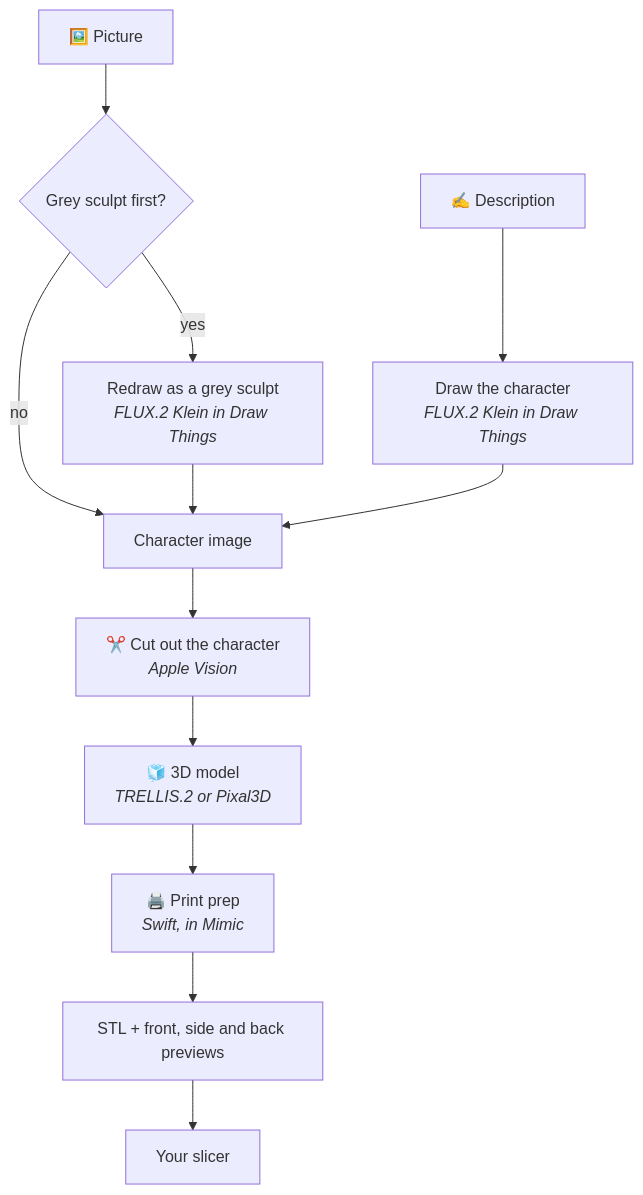
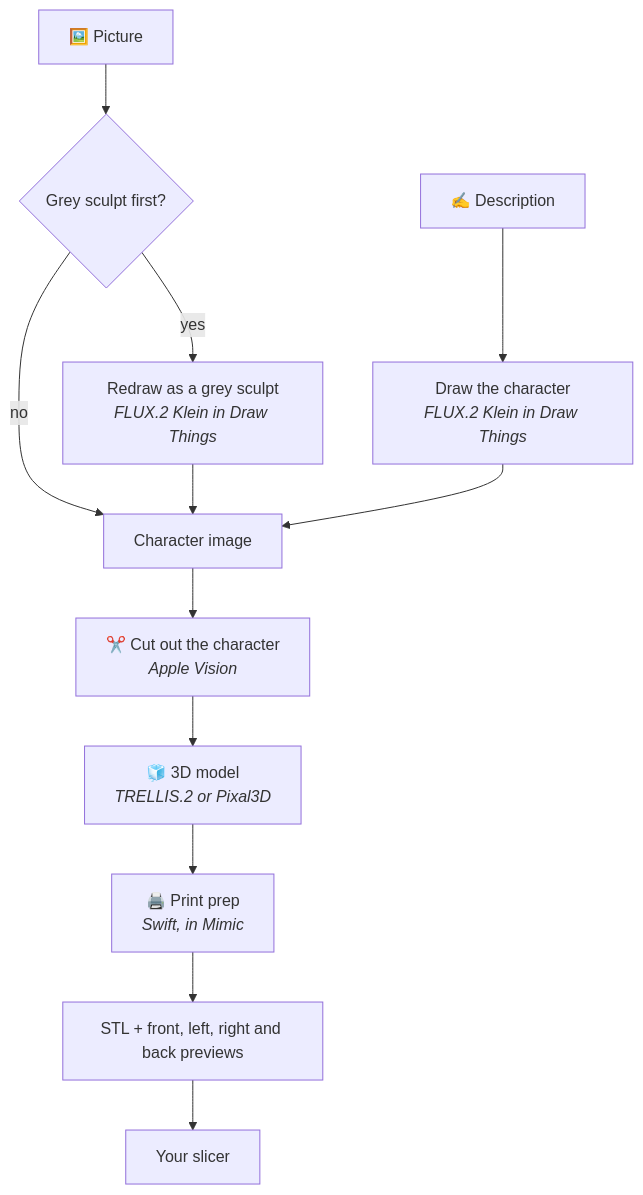
The diagram in README.md (yonatankarp/mimic), drawn with Mermaid before and after one commit. The commit also changed 6 other files, not shown here.

````diff
--- a/README.md
+++ b/README.md
@@ -92,14 +92,14 @@
 ```mermaid
 flowchart TD
   pic["🖼️ Picture"] --> choice{"Grey sculpt first?"}
   text["✍️ Description"] --> draw["Draw the character<br/><i>FLUX.2 Klein in Draw Things</i>"]
   choice -- yes --> redraw["Redraw as a grey sculpt<br/><i>FLUX.2 Klein in Draw Things</i>"]
   choice -- no --> image
   redraw --> image["Character image"]
   draw --> image
   image --> cut["✂️ Cut out the character<br/><i>Apple Vision</i>"]
   cut --> mesh["🧊 3D model<br/><i>TRELLIS.2 or Pixal3D</i>"]
   mesh --> prep["🖨️ Print prep<br/><i>Swift, in Mimic</i>"]
-  prep --> out["STL + front, side and back previews"]
+  prep --> out["STL + front, left, right and back previews"]
   out --> slicer["Your slicer"]
 ```
````
